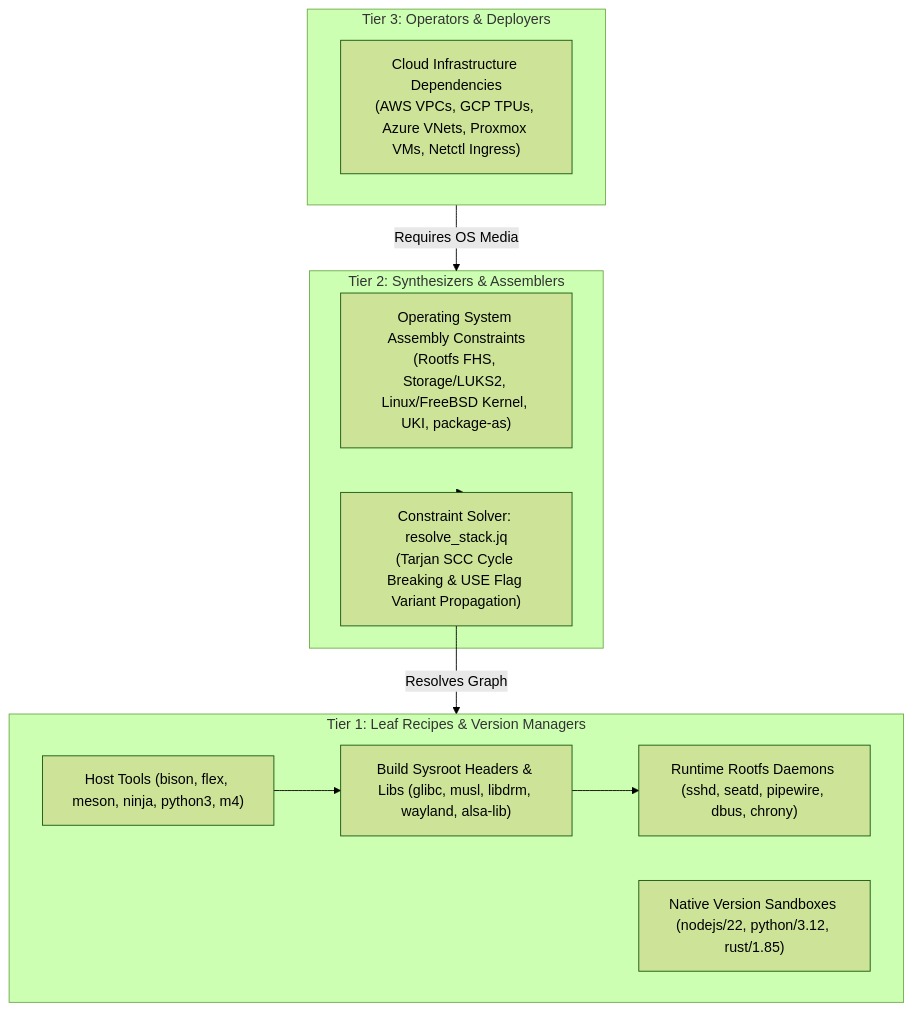
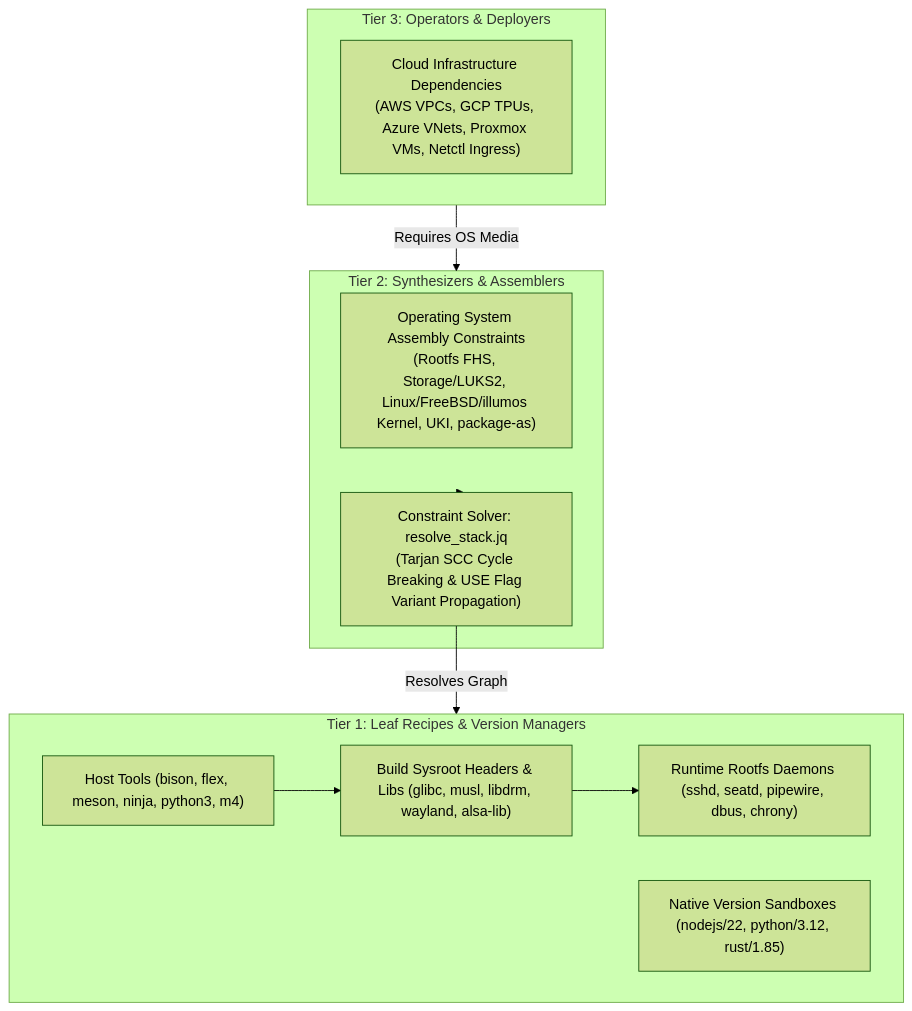
One commit to SamuelMarks/libscript changed the first of 3 diagrams in DEPENDENCIES.md. Above: the diagram before and after it, drawn with Mermaid (forest theme). The commit also changed other lines of this file and 17 other files, not shown here.

````diff
--- a/DEPENDENCIES.md
+++ b/DEPENDENCIES.md
@@ -15,24 +15,24 @@
 ```mermaid
 flowchart TD
     subgraph Tier3[Tier 3: Operators & Deployers]
         CloudDeps["Cloud Infrastructure Dependencies<br/>(AWS VPCs, GCP TPUs, Azure VNets, Proxmox VMs, Netctl Ingress)"]
     end
 
     subgraph Tier2[Tier 2: Synthesizers & Assemblers]
-        OSDeps["Operating System Assembly Constraints<br/>(Rootfs FHS, Storage/LUKS2, Linux/FreeBSD Kernel, UKI, package-as)"]
+        OSDeps["Operating System Assembly Constraints<br/>(Rootfs FHS, Storage/LUKS2, Linux/FreeBSD/illumos Kernel, UKI, package-as)"]
         SolverEngine["Constraint Solver: resolve_stack.jq<br/>(Tarjan SCC Cycle Breaking & USE Flag Variant Propagation)"]
     end
 
     subgraph Tier1[Tier 1: Leaf Recipes & Version Managers]
         HostTools["Host Tools (bison, flex, meson, ninja, python3, m4)"]
         BuildDeps["Build Sysroot Headers & Libs (glibc, musl, libdrm, wayland, alsa-lib)"]
         RuntimeDeps["Runtime Rootfs Daemons (sshd, seatd, pipewire, dbus, chrony)"]
         VersionSandboxes["Native Version Sandboxes (nodejs/22, python/3.12, rust/1.85)"]
     end
 
     Tier3 -->|Requires OS Media| Tier2
     Tier2 --> SolverEngine
     SolverEngine -->|Resolves Graph| Tier1
     HostTools --> BuildDeps
     BuildDeps --> RuntimeDeps
 ```
````
